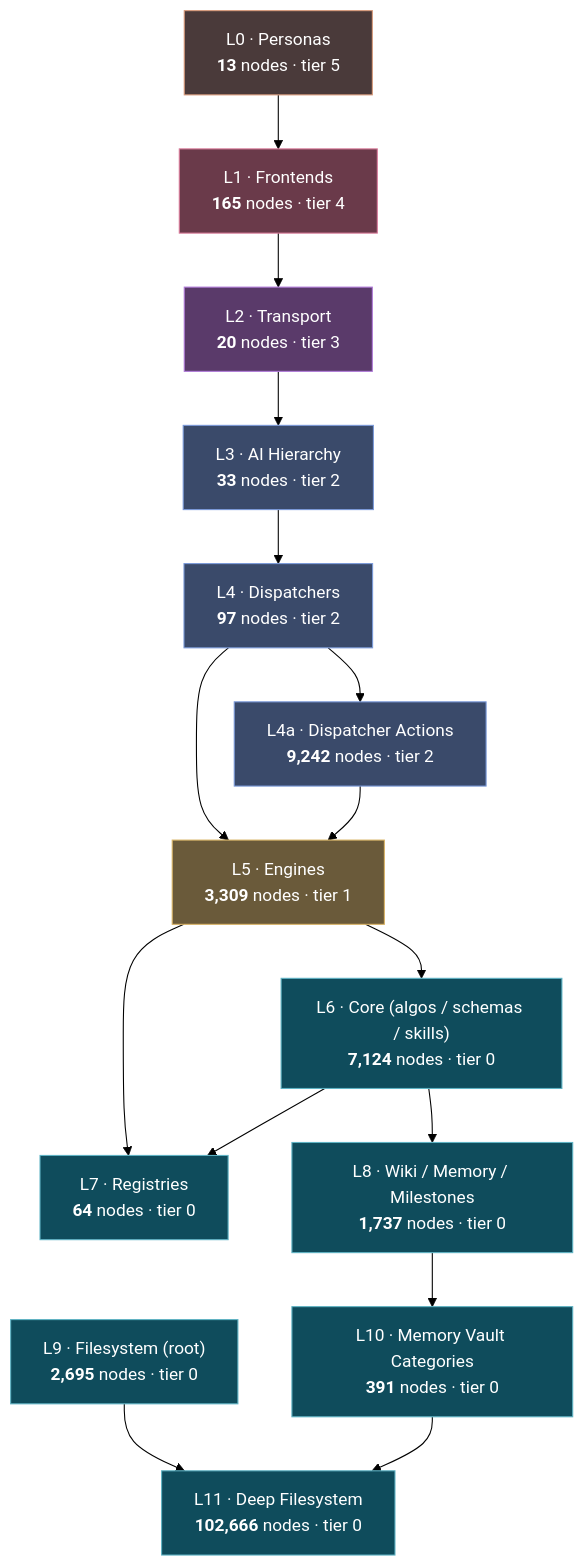
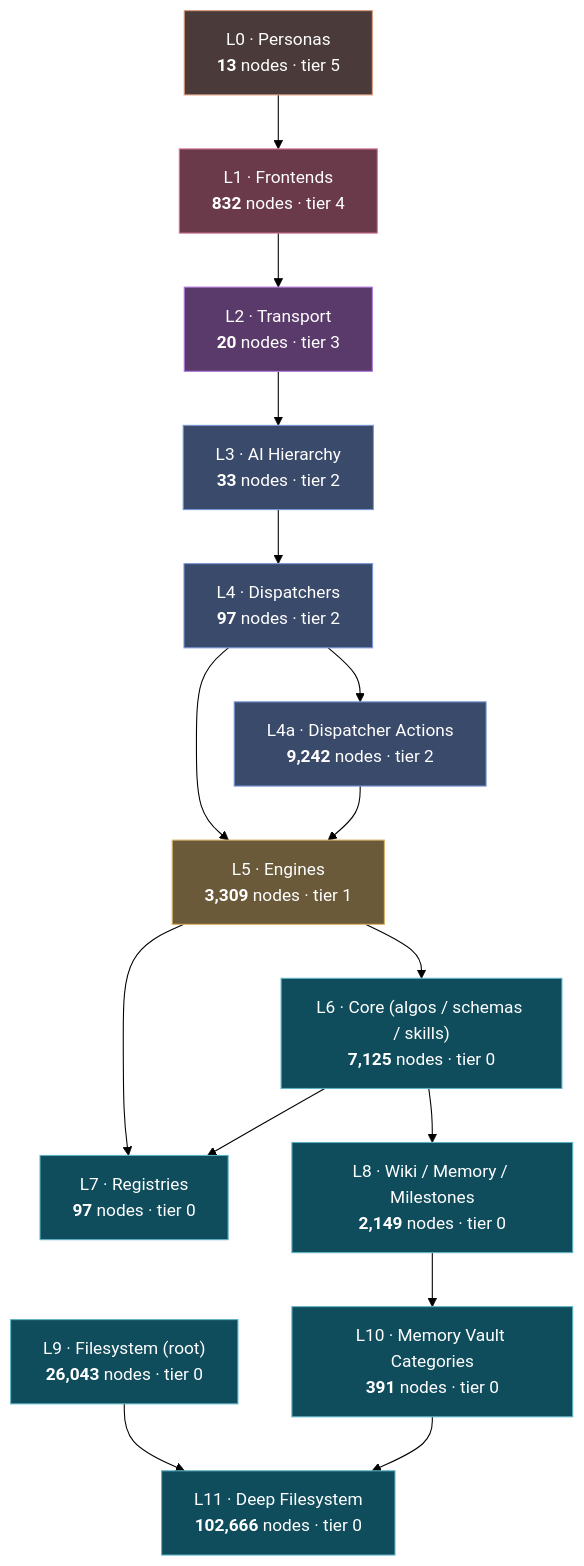
Before and after one commit to markjvillanueva3-cloud/PRISMV9: the diagram in knowledge/wiki/architecture/layer-stack-overview.md, drawn with Mermaid (forest theme). The commit also changed other lines of this file and 832 other files, not shown here.

````diff
--- a/knowledge/wiki/architecture/layer-stack-overview.md
+++ b/knowledge/wiki/architecture/layer-stack-overview.md
@@ -23,42 +23,42 @@
 ```mermaid
 flowchart TD
     L0["L0 · Personas<br/><b>13</b> nodes · tier 5"]
-    L1["L1 · Frontends<br/><b>165</b> nodes · tier 4"]
+    L1["L1 · Frontends<br/><b>832</b> nodes · tier 4"]
     L2["L2 · Transport<br/><b>20</b> nodes · tier 3"]
     L3["L3 · AI Hierarchy<br/><b>33</b> nodes · tier 2"]
     L4["L4 · Dispatchers<br/><b>97</b> nodes · tier 2"]
     L4a["L4a · Dispatcher Actions<br/><b>9,242</b> nodes · tier 2"]
     L5["L5 · Engines<br/><b>3,309</b> nodes · tier 1"]
-    L6["L6 · Core (algos / schemas / skills)<br/><b>7,124</b> nodes · tier 0"]
-    L7["L7 · Registries<br/><b>64</b> nodes · tier 0"]
-    L8["L8 · Wiki / Memory / Milestones<br/><b>1,737</b> nodes · tier 0"]
-    L9["L9 · Filesystem (root)<br/><b>2,695</b> nodes · tier 0"]
+    L6["L6 · Core (algos / schemas / skills)<br/><b>7,125</b> nodes · tier 0"]
+    L7["L7 · Registries<br/><b>97</b> nodes · tier 0"]
+    L8["L8 · Wiki / Memory / Milestones<br/><b>2,149</b> nodes · tier 0"]
+    L9["L9 · Filesystem (root)<br/><b>26,043</b> nodes · tier 0"]
     L10["L10 · Memory Vault Categories<br/><b>391</b> nodes · tier 0"]
     L11["L11 · Deep Filesystem<br/><b>102,666</b> nodes · tier 0"]
     L0 --> L1
     L1 --> L2
     L2 --> L3
     L3 --> L4
     L4 --> L4a
     L4 --> L5
     L4a --> L5
     L5 --> L6
     L5 --> L7
     L6 --> L7
     L6 --> L8
     L8 --> L10
     L9 --> L11
     L10 --> L11
     classDef tier0 fill:#0f4c5c,color:#fff,stroke:#5fb3c4
     classDef tier1 fill:#6a5a3a,color:#fff,stroke:#d9b365
     classDef tier2 fill:#3a4a6a,color:#fff,stroke:#7a9ad9
     classDef tier3 fill:#5a3a6a,color:#fff,stroke:#b07ad9
     classDef tier4 fill:#6a3a4a,color:#fff,stroke:#d97a9a
     classDef tier5 fill:#4a3a3a,color:#fff,stroke:#d99a7a
     class L6,L7,L8,L9,L10,L11 tier0
     class L5 tier1
     class L3,L4,L4a tier2
     class L2 tier3
     class L1 tier4
     class L0 tier5
 ```
````
